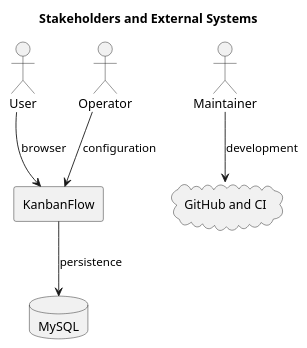
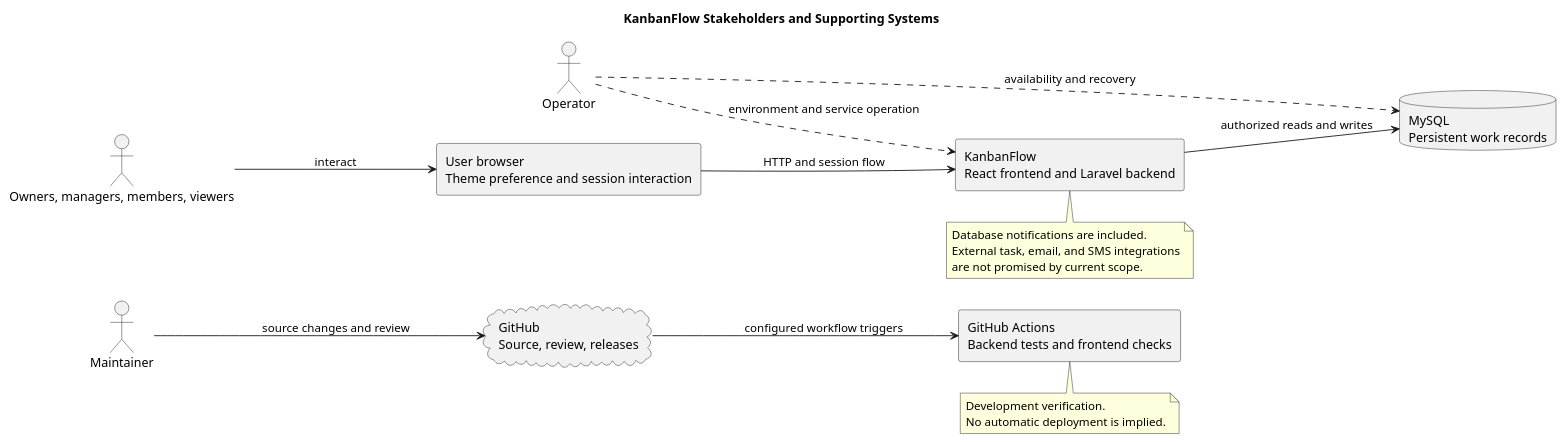
The diagram in docs/Project-Definition/diagrams/stakeholders-and-external-systems.puml (Farhad-Valizadegan/Web-KanbanFlow), drawn with PlantUML before and after one commit. The commit also changed 2 other files, not shown here.

Commit message:
docs: complete stakeholder and external system definitions

```diff
--- a/docs/Project-Definition/diagrams/stakeholders-and-external-systems.puml
+++ b/docs/Project-Definition/diagrams/stakeholders-and-external-systems.puml
@@ -1,13 +1,28 @@
 @startuml
-title Stakeholders and External Systems
-actor User
+title KanbanFlow Stakeholders and Supporting Systems
+left to right direction
+actor "Owners, managers, members, viewers" as Users
 actor Maintainer
 actor Operator
-rectangle KanbanFlow as App
-database MySQL as DB
-cloud "GitHub and CI" as Git
-User --> App : browser
-App --> DB : persistence
-Maintainer --> Git : development
-Operator --> App : configuration
+rectangle "User browser\nTheme preference and session interaction" as Browser
+rectangle "KanbanFlow\nReact frontend and Laravel backend" as App
+database "MySQL\nPersistent work records" as Database
+cloud "GitHub\nSource, review, releases" as GitHub
+rectangle "GitHub Actions\nBackend tests and frontend checks" as CI
+Users --> Browser : interact
+Browser --> App : HTTP and session flow
+App --> Database : authorized reads and writes
+Maintainer --> GitHub : source changes and review
+GitHub --> CI : configured workflow triggers
+Operator ..> App : environment and service operation
+Operator ..> Database : availability and recovery
+note bottom of CI
+Development verification.
+No automatic deployment is implied.
+end note
+note bottom of App
+Database notifications are included.
+External task, email, and SMS integrations
+are not promised by current scope.
+end note
 @enduml
```
